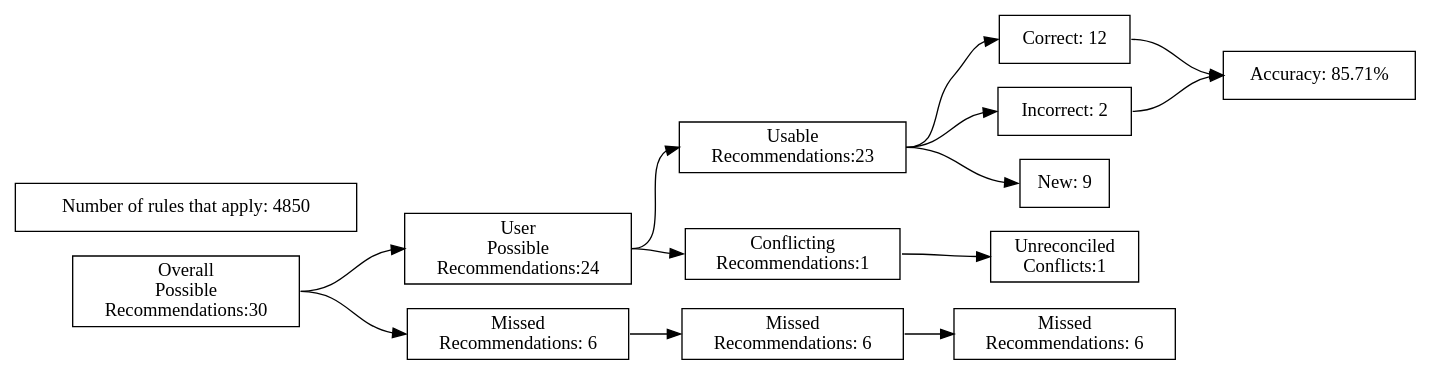
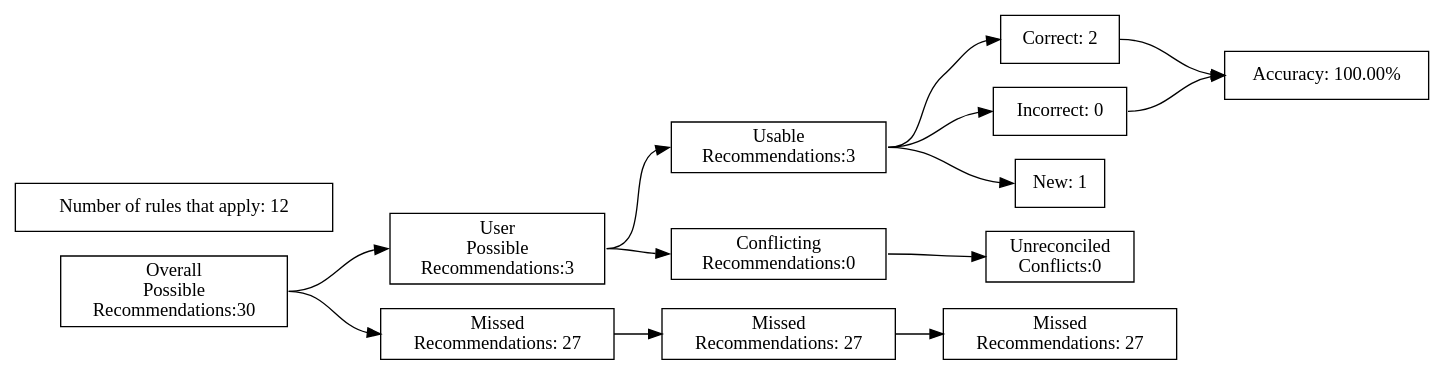
Before and after one commit to ZaxR/ibd_diet_analysis: the diagram in test_renders/6.gv, drawn with Graphviz. The commit also changed 78 other files, not shown here.

```diff
--- a/test_renders/6.gv
+++ b/test_renders/6.gv
@@ -1,40 +1,40 @@
 digraph {
 	graph [rankdir=LR]
 	node [pos=r shape=box]
 	edge [headport=w tailport=e]
 		A [label="Overall
 Possible
 Recommendations:30"]
 		B [label="User
 Possible
-Recommendations:24"]
+Recommendations:3"]
 		C [label="Missed
-Recommendations: 6"]
+Recommendations: 27"]
 		D [label="Usable
-Recommendations:23"]
+Recommendations:3"]
 		E [label="Conflicting
-Recommendations:1"]
+Recommendations:0"]
 		J [label="Missed
-Recommendations: 6"]
+Recommendations: 27"]
 		M [label="Unreconciled
-Conflicts:1"]
-		F [label="Correct: 12"]
-		G [label="Incorrect: 2"]
-		H [label="New: 9"]
+Conflicts:0"]
+		F [label="Correct: 2"]
+		G [label="Incorrect: 0"]
+		H [label="New: 1"]
 		K [label="Missed
-Recommendations: 6"]
-		I [label="Accuracy: 85.71%"]
-		l [label="Number of rules that apply: 4850"]
+Recommendations: 27"]
+		I [label="Accuracy: 100.00%"]
+		l [label="Number of rules that apply: 12"]
 			A -> B
 			A -> C
 			B -> D
 			B -> E
 			D -> F
 			D -> G
 			D -> H
 			F -> I
 			G -> I
 			C -> J
 			J -> K
 			E -> M
 }
```
